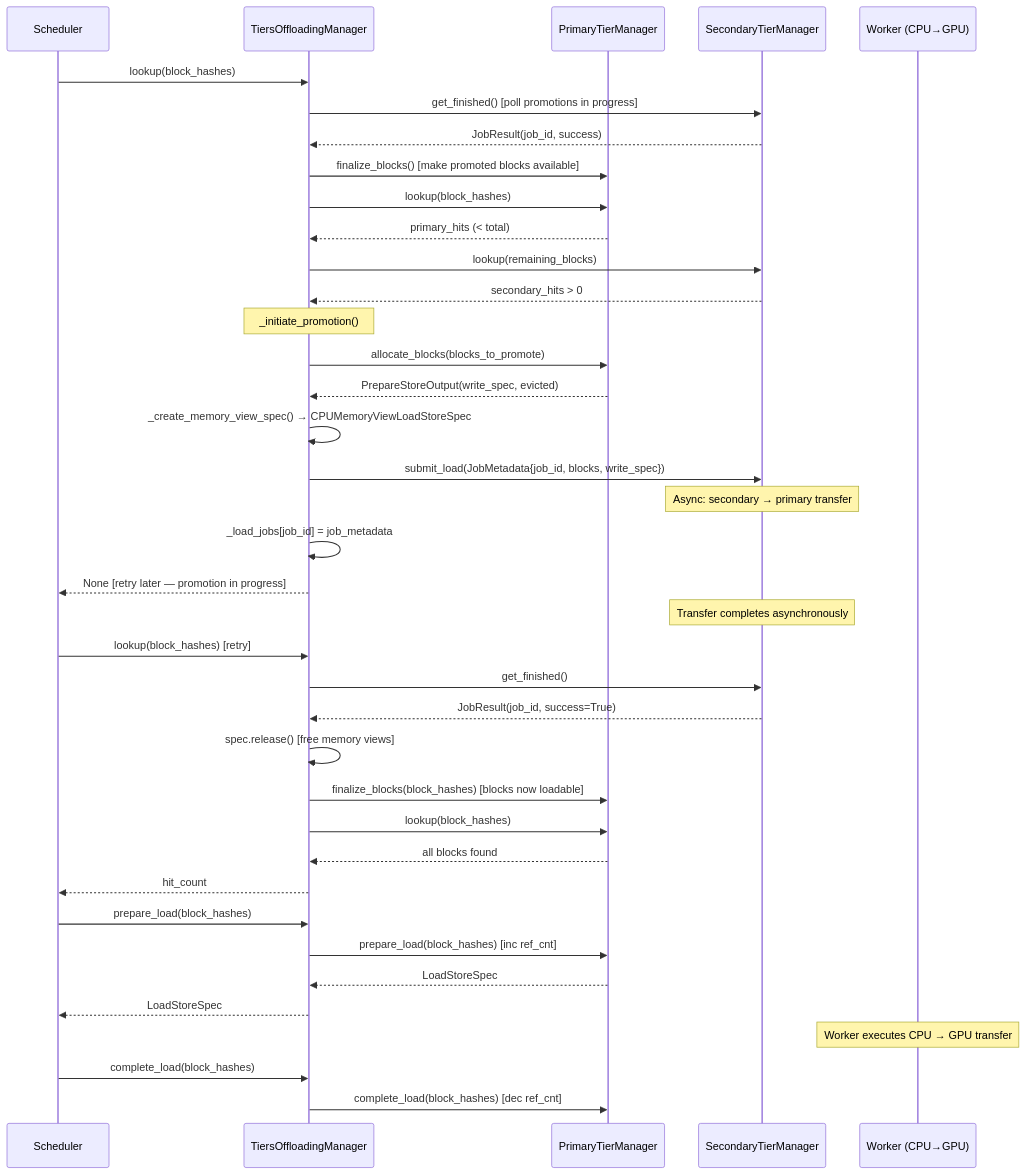
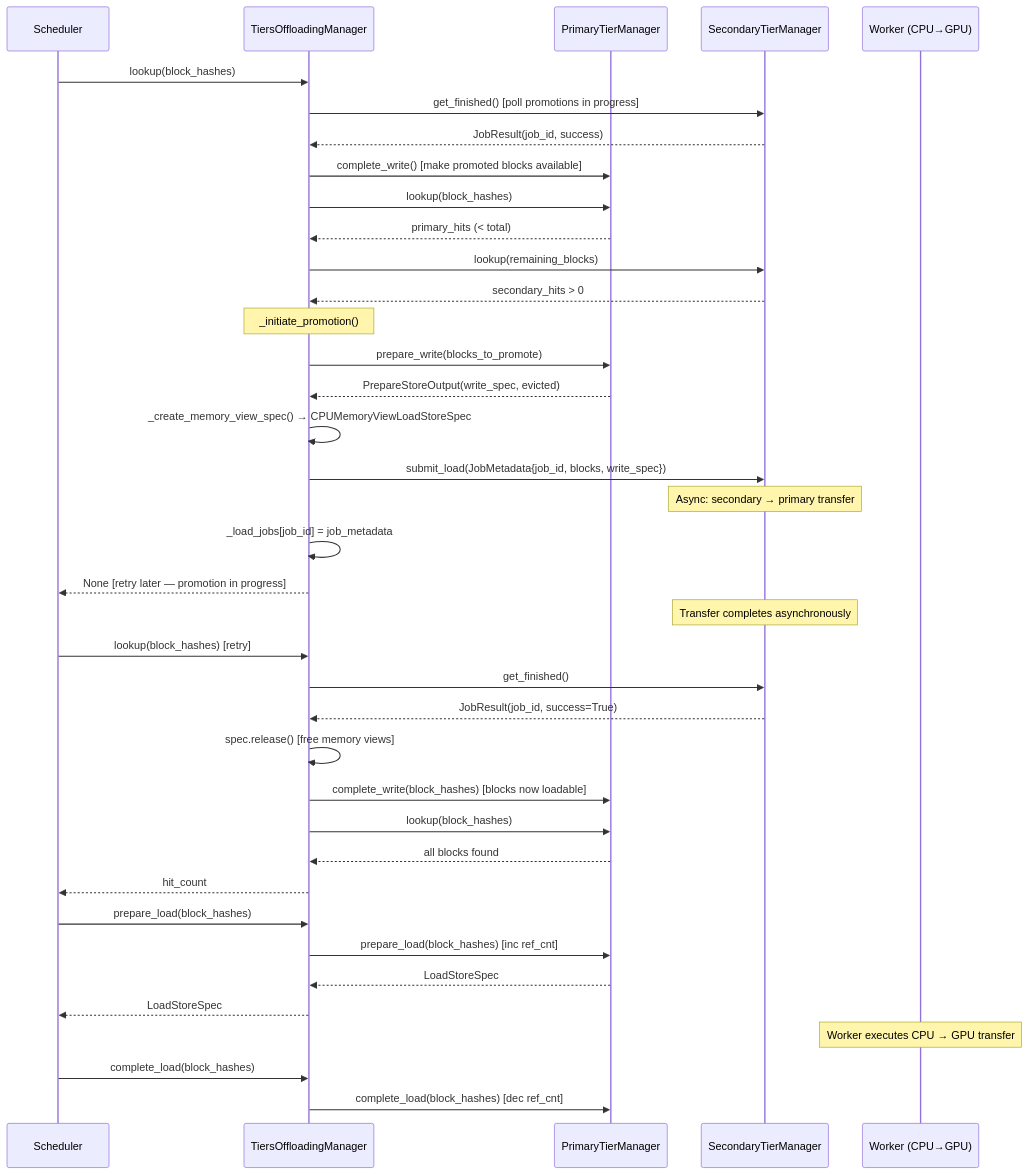
The fourth of 6 diagrams in vllm/v1/kv_offload/tiered_offloading.md (rshavitt/vllm), drawn with Mermaid before and after one commit. The commit also changed other lines of this file and 2 other files, not shown here.

````diff
--- a/vllm/v1/kv_offload/tiered_offloading.md
+++ b/vllm/v1/kv_offload/tiered_offloading.md
@@ -746,50 +746,50 @@
 ```mermaid
 sequenceDiagram
     participant S as Scheduler
     participant TOM as TiersOffloadingManager
     participant PT as PrimaryTierManager
     participant ST as SecondaryTierManager
     participant W as Worker (CPU→GPU)
 
     S->>TOM: lookup(block_hashes)
     TOM->>ST: get_finished() [poll promotions in progress]
     ST-->>TOM: JobResult(job_id, success)
-    TOM->>PT: finalize_blocks() [make promoted blocks available]
+    TOM->>PT: complete_write() [make promoted blocks available]
 
     TOM->>PT: lookup(block_hashes)
     PT-->>TOM: primary_hits (< total)
 
     TOM->>ST: lookup(remaining_blocks)
     ST-->>TOM: secondary_hits > 0
 
     Note over TOM: _initiate_promotion()
-    TOM->>PT: allocate_blocks(blocks_to_promote)
+    TOM->>PT: prepare_write(blocks_to_promote)
     PT-->>TOM: PrepareStoreOutput(write_spec, evicted)
     TOM->>TOM: _create_memory_view_spec() → CPUMemoryViewLoadStoreSpec
     TOM->>ST: submit_load(JobMetadata{job_id, blocks, write_spec})
     Note over ST: Async: secondary → primary transfer
     TOM->>TOM: _load_jobs[job_id] = job_metadata
     TOM-->>S: None [retry later — promotion in progress]
 
     Note over ST: Transfer completes asynchronously
 
     S->>TOM: lookup(block_hashes) [retry]
     TOM->>ST: get_finished()
     ST-->>TOM: JobResult(job_id, success=True)
     TOM->>TOM: spec.release() [free memory views]
-    TOM->>PT: finalize_blocks(block_hashes) [blocks now loadable]
+    TOM->>PT: complete_write(block_hashes) [blocks now loadable]
 
     TOM->>PT: lookup(block_hashes)
     PT-->>TOM: all blocks found
     TOM-->>S: hit_count
 
     S->>TOM: prepare_load(block_hashes)
     TOM->>PT: prepare_load(block_hashes) [inc ref_cnt]
     PT-->>TOM: LoadStoreSpec
     TOM-->>S: LoadStoreSpec
 
     Note over W: Worker executes CPU → GPU transfer
 
     S->>TOM: complete_load(block_hashes)
     TOM->>PT: complete_load(block_hashes) [dec ref_cnt]
 ```
````
